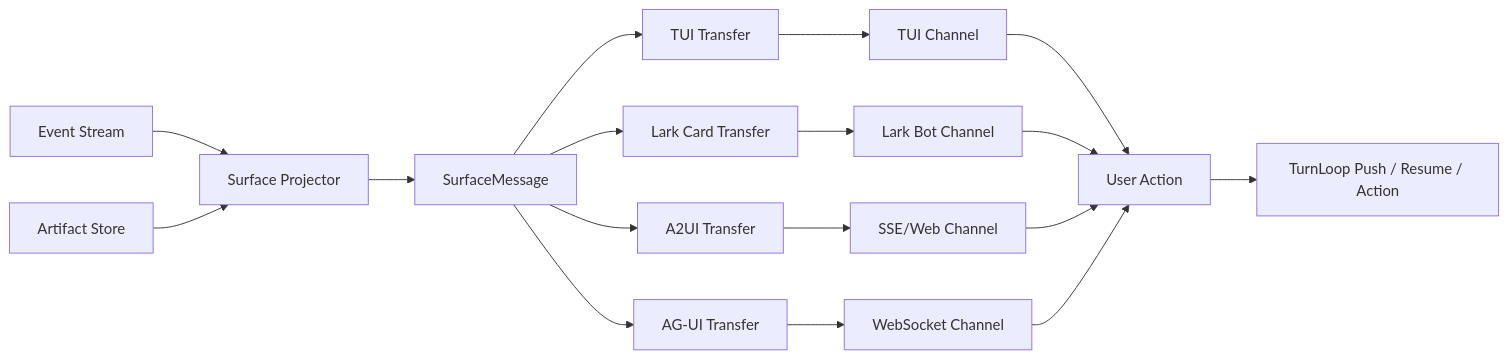
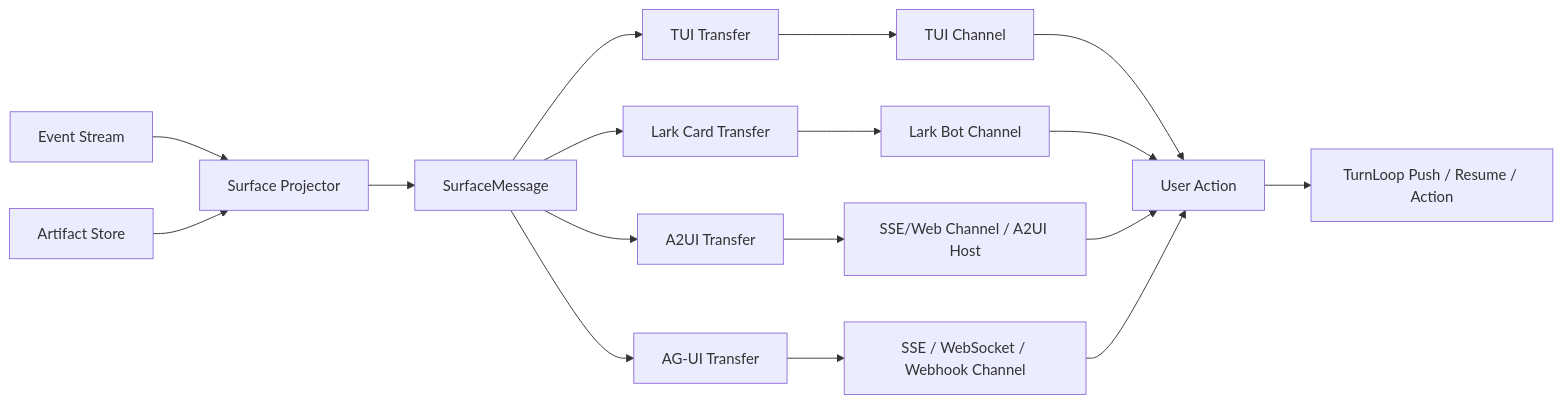
The eighth of 8 diagrams in docs/design/index.md (gopact-ai/gopact), drawn with Mermaid before and after one commit. The commit also changed other lines of this file and 429 other files, not shown here.

````diff
--- a/docs/design/index.md
+++ b/docs/design/index.md
@@ -303,22 +350,22 @@
 ```mermaid
 flowchart LR
   EventStream["Event Stream"] --> Projector["Surface Projector"]
   Artifact["Artifact Store"] --> Projector
   Projector --> SurfaceMessage["SurfaceMessage"]
 
   SurfaceMessage --> TUITransfer["TUI Transfer"]
   SurfaceMessage --> LarkTransfer["Lark Card Transfer"]
   SurfaceMessage --> A2UITransfer["A2UI Transfer"]
   SurfaceMessage --> AGUITransfer["AG-UI Transfer"]
 
   TUITransfer --> TUI["TUI Channel"]
   LarkTransfer --> Lark["Lark Bot Channel"]
-  A2UITransfer --> SSE["SSE/Web Channel"]
-  AGUITransfer --> WebSocket["WebSocket Channel"]
+  A2UITransfer --> SSE["SSE/Web Channel / A2UI Host"]
+  AGUITransfer --> AGUITransport["SSE / WebSocket / Webhook Channel"]
 
   TUI --> Action["User Action"]
   Lark --> Action
   SSE --> Action
-  WebSocket --> Action
+  AGUITransport --> Action
   Action --> TurnLoop["TurnLoop Push / Resume / Action"]
 ```
````
